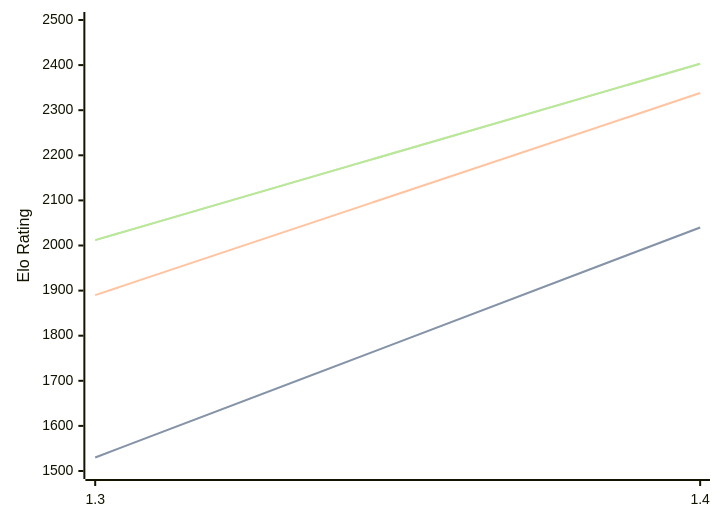
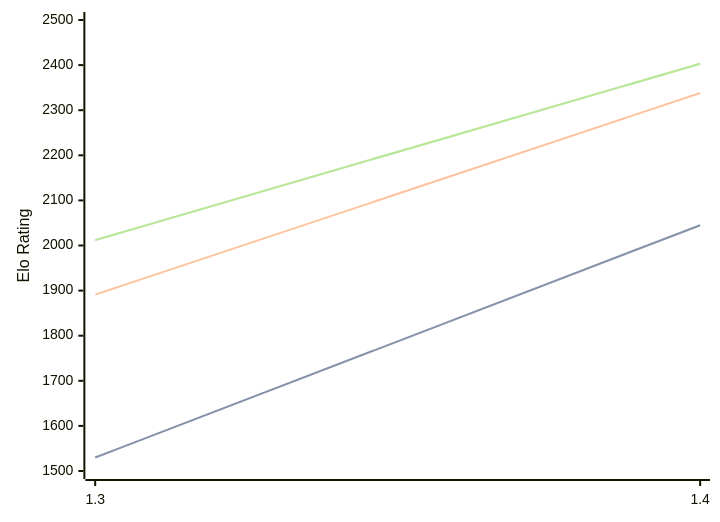
One commit to computer-chess-index/cci changed the diagram in engines/Facon.md. Above: the diagram before and after it, drawn with Mermaid. The commit also changed other lines of this file, not shown here.

````diff
--- a/engines/Facon.md
+++ b/engines/Facon.md
@@ -35,11 +35,11 @@
 ```mermaid
 %%{init: {"theme":"base","themeVariables":{"seriesColors:['#a3a3a3','#222221','#faa371']}}}%%
 xychart-beta
   x-axis ["1.3", "1.4"]
   y-axis "Elo Rating" 1500 --> 2500
-  line "STC (8.0+0.08s)" [1530, 2040]
-  line "STC (8.0+0.08s)" [1530, 2040]
-  line "LTC (60.0+0.60s)" [1890, 2338]
+  line "STC (8.0+0.08s)" [1530, 2045]
+  line "STC (8.0+0.08s)" [1530, 2045]
+  line "LTC (60.0+0.60s)" [1891, 2338]
   line "VLTC (2m24s+1.12s)" [2012, 2403]
   line "VLTC (2m24s+1.12s)" [2012, 2403]
 ```
````
